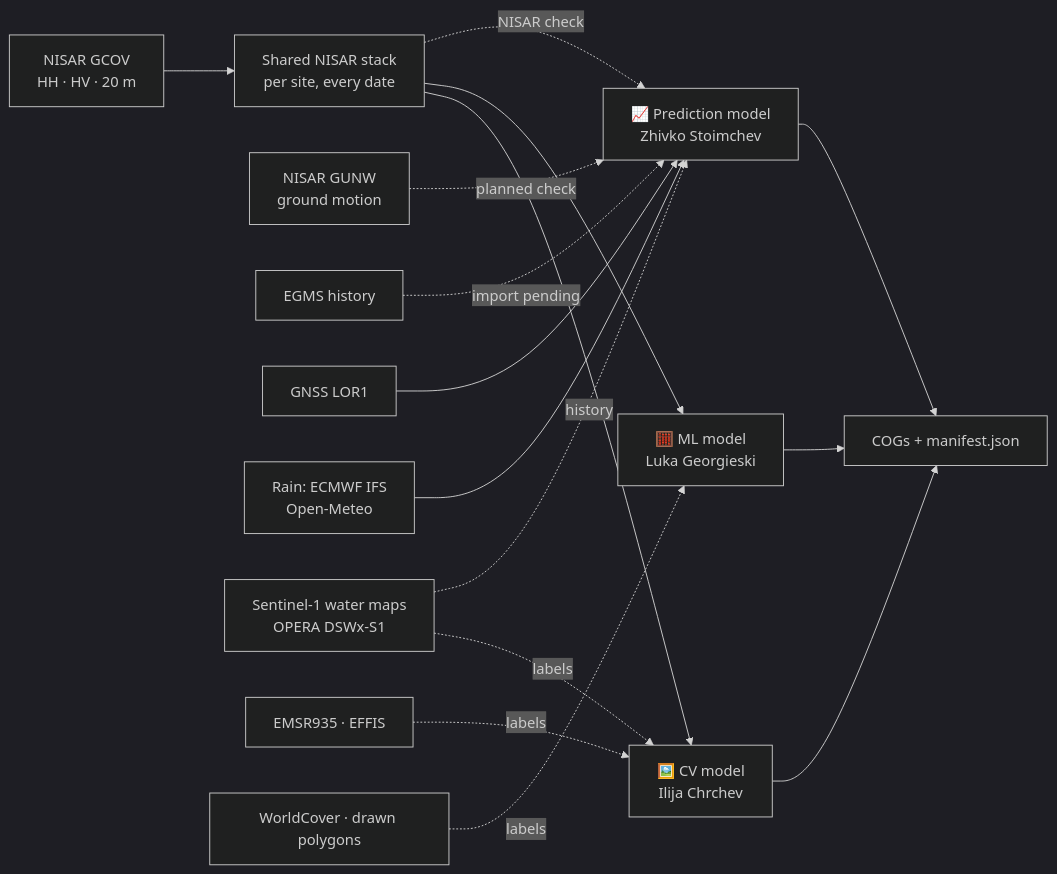
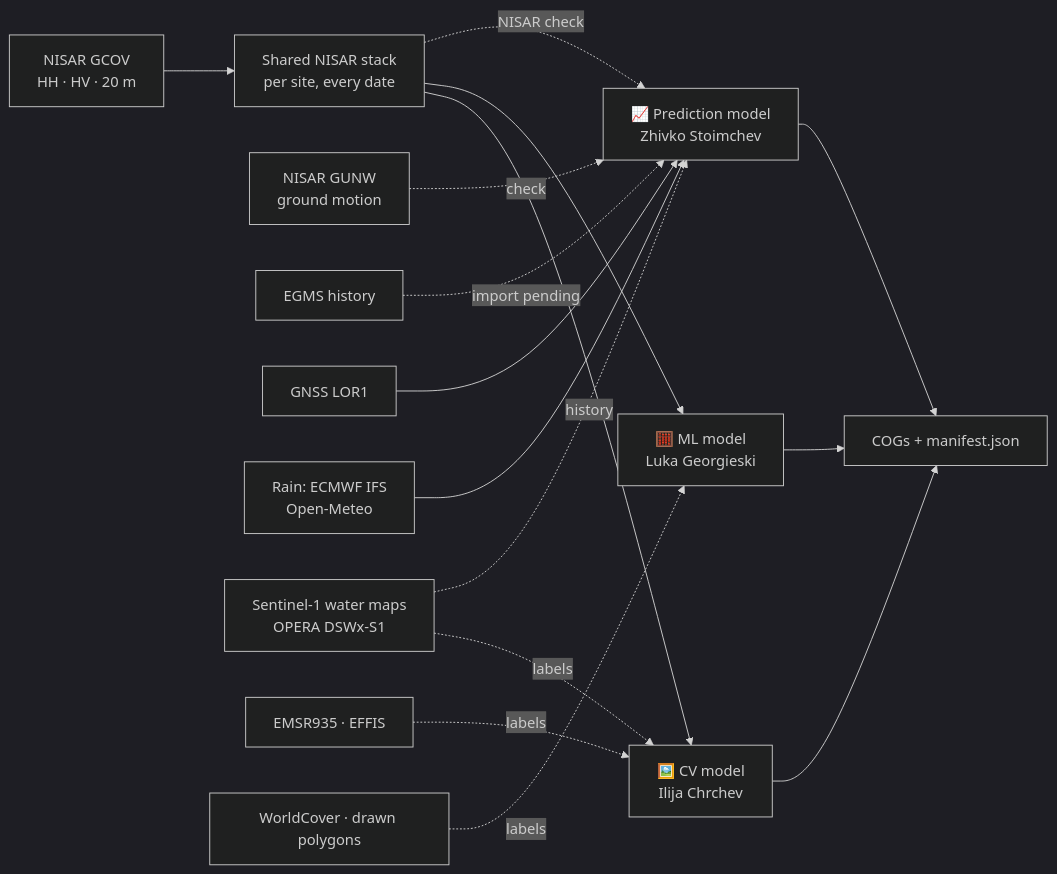
One commit to ilijachrchev/synthetic-aperture-radar changed the diagram in docs/MODELS.md. Above: the diagram before and after it, drawn with Mermaid (dark theme). The commit also changed other lines of this file and 5 other files, not shown here.

First line of the commit message:
feat(prediction): Lorca vs NISAR GUNW, chained 12-day pairs on two tracks vs GNSS LOR1

````diff
--- a/docs/MODELS.md
+++ b/docs/MODELS.md
@@ -17,18 +17,18 @@
 ```mermaid
 flowchart LR
     G["NISAR GCOV<br/>HH · HV · 20 m"] --> S["Shared NISAR stack<br/>per site, every date"]
     S --> CV["🖼️ CV model<br/>Ilija Chrchev"]
     S --> ML["🧮 ML model<br/>Luka Georgieski"]
-    U["NISAR GUNW<br/>ground motion"] -. planned check .-> P["📈 Prediction model<br/>Zhivko Stoimchev"]
+    U["NISAR GUNW<br/>ground motion"] -. check .-> P["📈 Prediction model<br/>Zhivko Stoimchev"]
     E["EGMS history"] -. import pending .-> P
     N["GNSS LOR1"] --> P
     R["Rain: ECMWF IFS<br/>Open-Meteo"] --> P
     S -. NISAR check .-> P
     D["Sentinel-1 water maps<br/>OPERA DSWx-S1"] -. labels .-> CV
     D -. history .-> P
     F["EMSR935 · EFFIS"] -. labels .-> CV
     W["WorldCover · drawn polygons"] -. labels .-> ML
     CV --> O["COGs + manifest.json"]
     ML --> O
     P --> O
 ```
````
